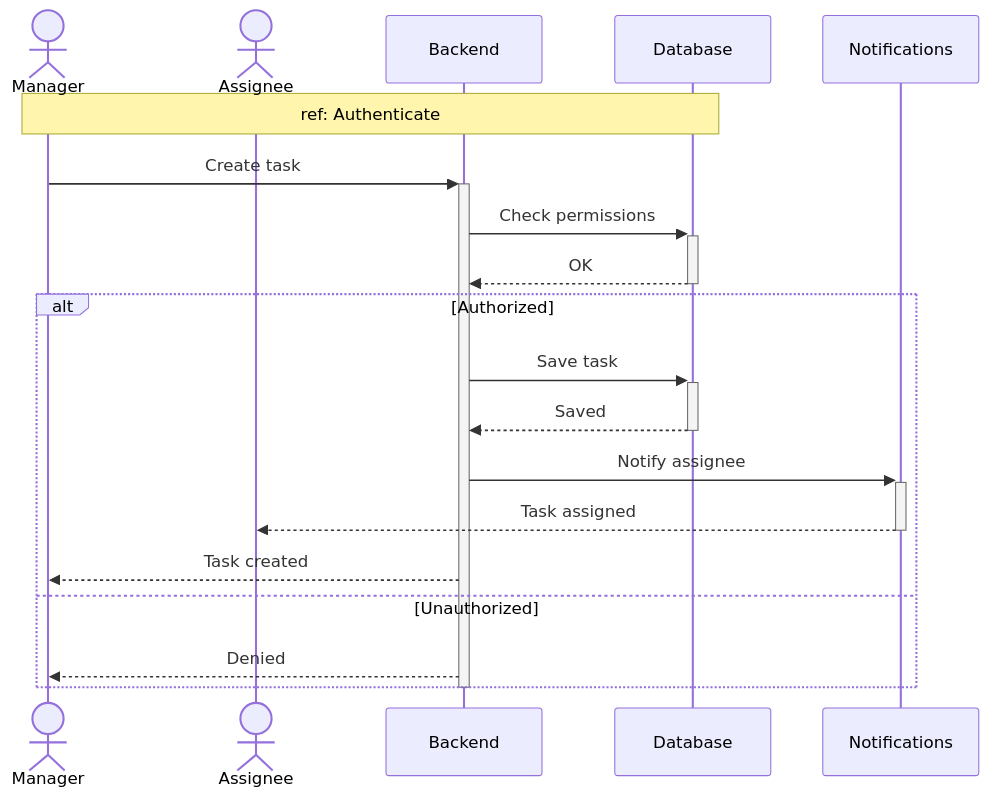
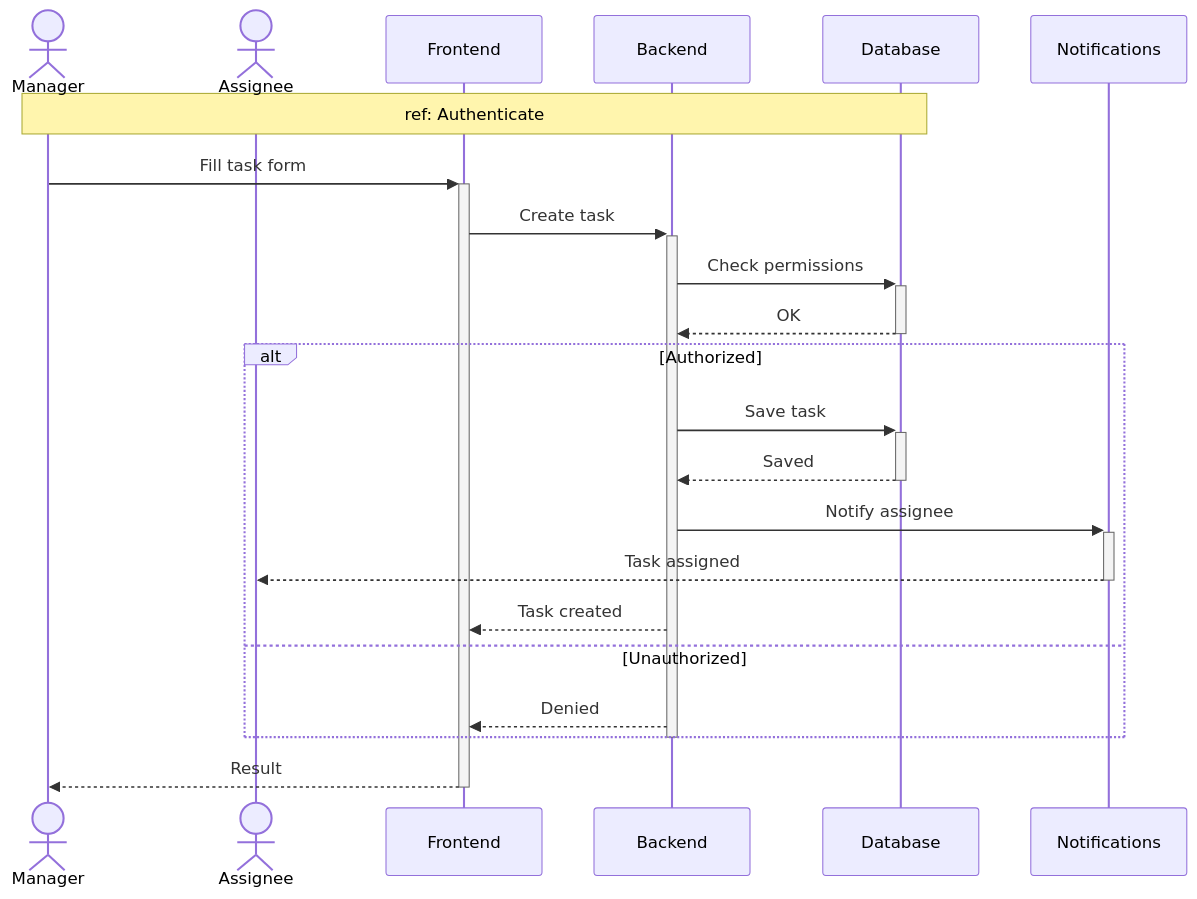
Before and after one commit to MohamedChebbi123/teamnest: diagram 11 of 16 in docs/SEQUENCE_DIAGRAMS.md, drawn with Mermaid. The commit also changed other lines of this file, not shown here.

````diff
--- a/docs/SEQUENCE_DIAGRAMS.md
+++ b/docs/SEQUENCE_DIAGRAMS.md
@@ -394,24 +439,27 @@
 ```mermaid
 sequenceDiagram
     actor Manager
     actor Assignee
+    participant FE as Frontend
     participant API as Backend
     participant DB as Database
     participant Notif as Notifications
 
     Note over Manager,DB: ref: Authenticate
 
-    Manager->>+API: Create task
+    Manager->>+FE: Fill task form
+    FE->>+API: Create task
     API->>+DB: Check permissions
     DB-->>-API: OK
     alt Authorized
         API->>+DB: Save task
         DB-->>-API: Saved
         API->>+Notif: Notify assignee
         Notif-->>-Assignee: Task assigned
-        API-->>Manager: Task created
+        API-->>FE: Task created
     else Unauthorized
-        API-->>Manager: Denied
+        API-->>FE: Denied
     end
     deactivate API
+    FE-->>-Manager: Result
 ```
````
